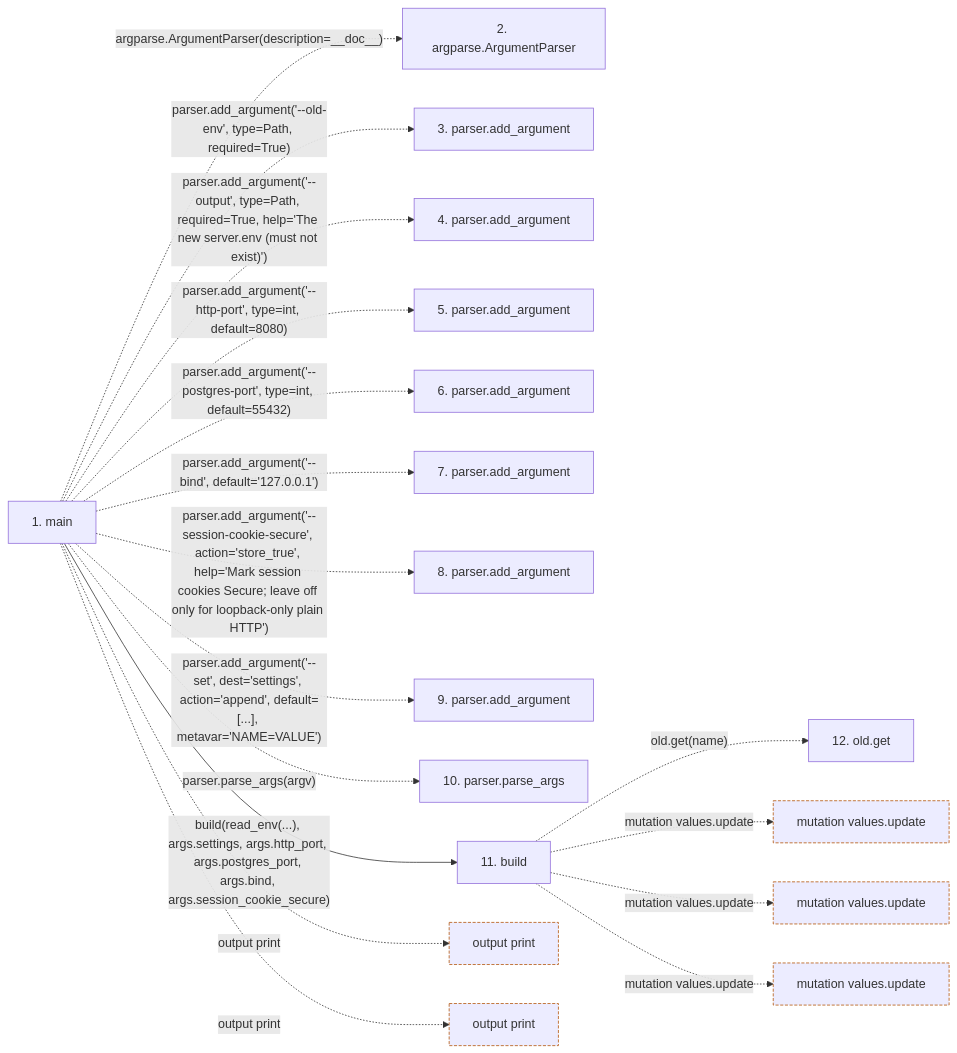
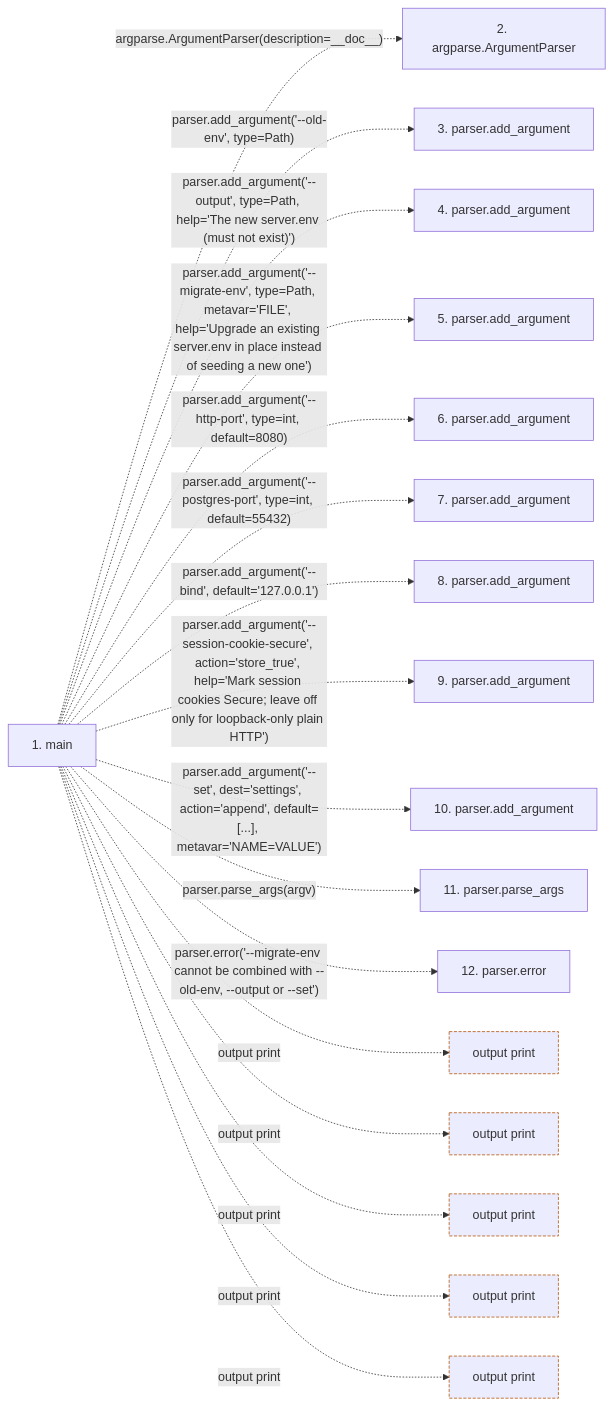
Before and after one commit to Denissvgn/WorkChord: the second of 2 diagrams in docs/llm_wiki/flows/process-seed_adoption_env.md, drawn with Mermaid. The commit also changed other lines of this file and 1420 other files, not shown here.

First line of the commit message:
Refresh the architectural wiki for the 1.10.0 changes

````diff
--- a/docs/llm_wiki/flows/process-seed_adoption_env.md
+++ b/docs/llm_wiki/flows/process-seed_adoption_env.md
@@ -99,44 +95,43 @@
 ```mermaid
 flowchart LR
     s1["1. main"]
     s2["2. argparse.ArgumentParser"]
     s3["3. parser.add_argument"]
     s4["4. parser.add_argument"]
     s5["5. parser.add_argument"]
     s6["6. parser.add_argument"]
     s7["7. parser.add_argument"]
     s8["8. parser.add_argument"]
     s9["9. parser.add_argument"]
-    s10["10. parser.parse_args"]
-    s11["11. build"]
-    s12["12. old.get"]
+    s10["10. parser.add_argument"]
+    s11["11. parser.parse_args"]
+    s12["12. parser.error"]
     s1 -. "argparse.ArgumentParser(description=__doc__)" .-> s2
-    s1 -. "parser.add_argument('--old-env', type=Path, required=True)" .-> s3
-    s1 -. "parser.add_argument('--output', type=Path, required=True, help='The new server.env (must not exist)')" .-> s4
-    s1 -. "parser.add_argument('--http-port', type=int, default=8080)" .-> s5
-    s1 -. "parser.add_argument('--postgres-port', type=int, default=55432)" .-> s6
-    s1 -. "parser.add_argument('--bind', default='127.0.0.1')" .-> s7
-    s1 -. "parser.add_argument('--session-cookie-secure', action='store_true', help='Mark session cookies Secure; leave off only for loopback-only plain HTTP')" .-> s8
-    s1 -. "parser.add_argument('--set', dest='settings', action='append', default=[...], metavar='NAME=VALUE')" .-> s9
-    s1 -. "parser.parse_args(argv)" .-> s10
-    s1 -->|"build(read_env(...), args.settings, args.http_port, args.postgres_port, args.bind, args.session_cookie_secure)"| s11
-    s11 -. "old.get(name)" .-> s12
+    s1 -. "parser.add_argument('--old-env', type=Path)" .-> s3
+    s1 -. "parser.add_argument('--output', type=Path, help='The new server.env (must not exist)')" .-> s4
+    s1 -. "parser.add_argument('--migrate-env', type=Path, metavar='FILE', help='Upgrade an existing server.env in place instead of seeding a new one')" .-> s5
+    s1 -. "parser.add_argument('--http-port', type=int, default=8080)" .-> s6
+    s1 -. "parser.add_argument('--postgres-port', type=int, default=55432)" .-> s7
+    s1 -. "parser.add_argument('--bind', default='127.0.0.1')" .-> s8
+    s1 -. "parser.add_argument('--session-cookie-secure', action='store_true', help='Mark session cookies Secure; leave off only for loopback-only plain HTTP')" .-> s9
+    s1 -. "parser.add_argument('--set', dest='settings', action='append', default=[...], metavar='NAME=VALUE')" .-> s10
+    s1 -. "parser.parse_args(argv)" .-> s11
+    s1 -. "parser.error('--migrate-env cannot be combined with --old-env, --output or --set')" .-> s12
     b0["output print"]
     s1 -. "output print" .-> b0
     b1["output print"]
     s1 -. "output print" .-> b1
-    b2["mutation values.update"]
-    s11 -. "mutation values.update" .-> b2
-    b3["mutation values.update"]
-    s11 -. "mutation values.update" .-> b3
-    b4["mutation values.update"]
-    s11 -. "mutation values.update" .-> b4
+    b2["output print"]
+    s1 -. "output print" .-> b2
+    b3["output print"]
+    s1 -. "output print" .-> b3
+    b4["output print"]
+    s1 -. "output print" .-> b4
     click s1 "../modules/seed_adoption_env.md"
-    click s11 "../modules/seed_adoption_env.md"
     classDef boundary stroke:#b45309,stroke-dasharray: 4 2
     class b0 boundary
     class b1 boundary
     class b2 boundary
     class b3 boundary
     class b4 boundary
 ```
````
